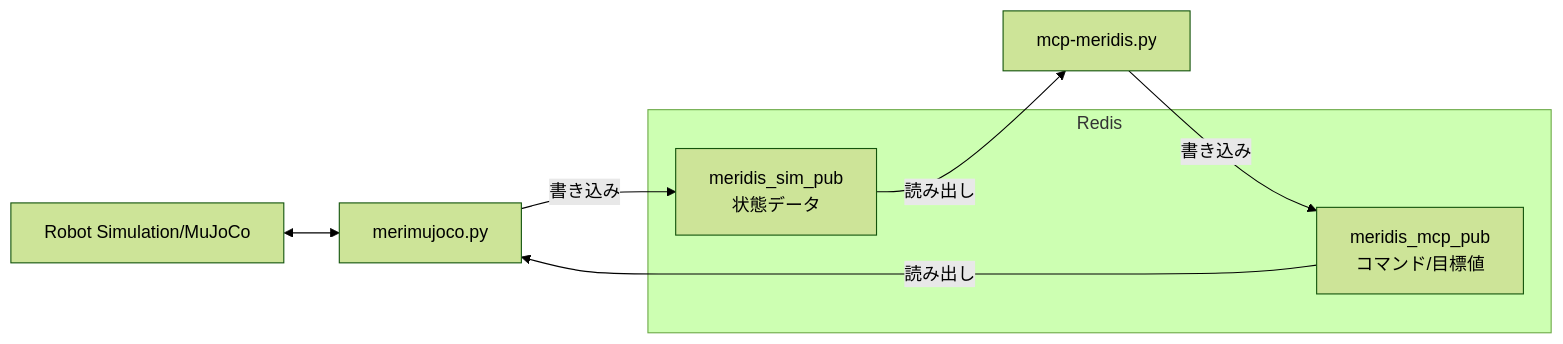
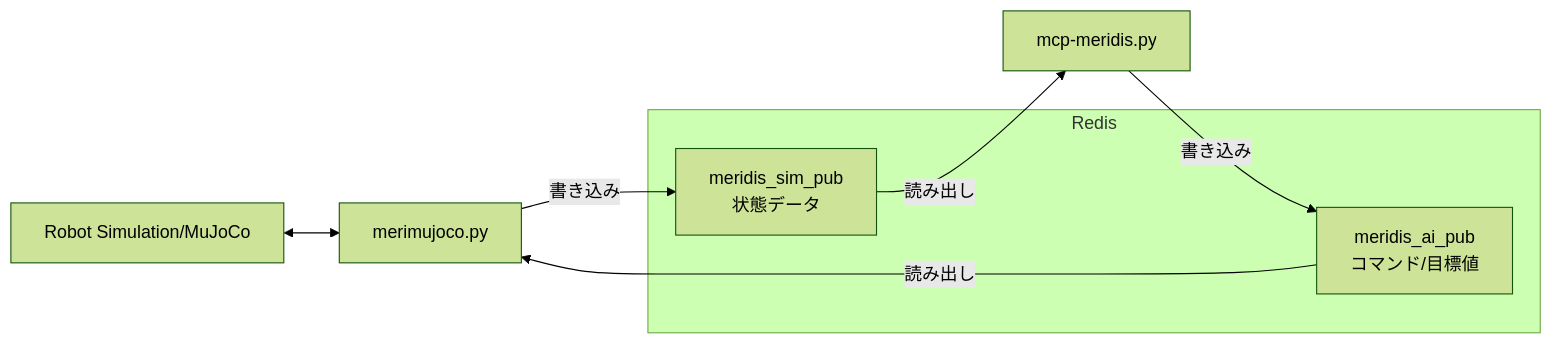
Before and after one commit to holypong/mcp-meridis: the first of 2 diagrams in README.md, drawn with Mermaid (forest theme). The commit also changed other lines of this file and 4 other files, not shown here.

````diff
--- a/README.md
+++ b/README.md
@@ -134,15 +134,15 @@
 ```mermaid
 flowchart LR
   Robot[Robot Simulation/MuJoCo]
   Manager[merimujoco.py]
   Server[mcp-meridis.py]
   subgraph Redis
     ReadKey[meridis_sim_pub<br/>状態データ]
-    WriteKey[meridis_mcp_pub<br/>コマンド/目標値]
+    WriteKey[meridis_ai_pub<br/>コマンド/目標値]
   end
   Robot <--> Manager
   Manager -- 書き込み --> ReadKey
   ReadKey -- 読み出し --> Server
   Server -- 書き込み --> WriteKey
   WriteKey -- 読み出し --> Manager
 ```
````
